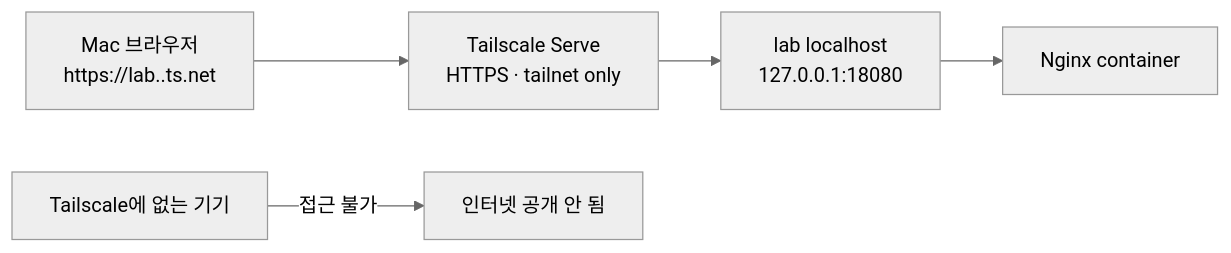
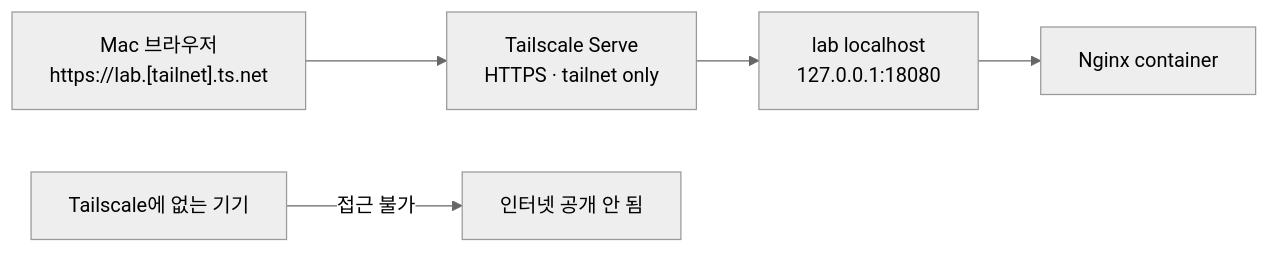
One commit to kitae0522/kitae0522.github.io changed the fourth of 7 diagrams in src/content/posts/2026-08-31-002.md. Above: the diagram before and after it, drawn with Mermaid (neutral theme). The commit also changed other lines of this file and 3 other files, not shown here.

Commit message:
blog: document Tailscale Serve and CI images

````diff
--- a/src/content/posts/2026-08-31-002.md
+++ b/src/content/posts/2026-08-31-002.md
@@ -169,7 +169,7 @@
 ```mermaid
 flowchart LR
-  Browser["Mac 브라우저\nhttps://lab.<tailnet>.ts.net"] --> TS["Tailscale Serve\nHTTPS · tailnet only"]
+  Browser["Mac 브라우저\nhttps://lab.[tailnet].ts.net"] --> TS["Tailscale Serve\nHTTPS · tailnet only"]
   TS --> App["lab localhost\n127.0.0.1:18080"]
   App --> Nginx["Nginx container"]
   Public["Tailscale에 없는 기기"] -->|"접근 불가"| Closed["인터넷 공개 안 됨"]
 ```
````
